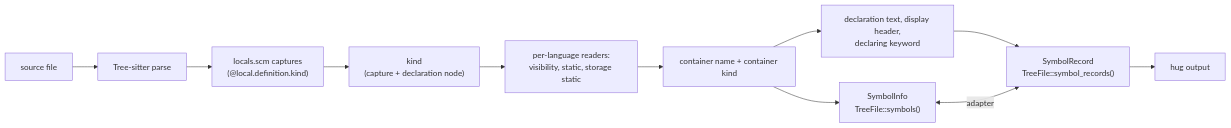
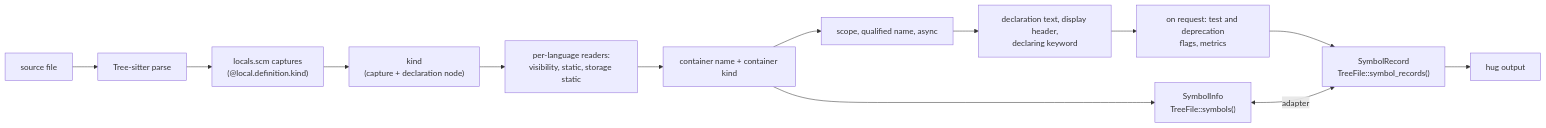
One commit to yankeeinlondon/rusty-biscuit changed the first of 3 diagrams in tree-hugger/docs/symbol-kinds-and-visibility.md. Above: the diagram before and after it, drawn with Mermaid. The commit also changed other lines of this file and 75 other files, not shown here.

````diff
--- a/tree-hugger/docs/symbol-kinds-and-visibility.md
+++ b/tree-hugger/docs/symbol-kinds-and-visibility.md
@@ -25,13 +27,15 @@
 ```mermaid
 flowchart LR
     SRC[source file] --> PARSE[Tree-sitter parse]
     PARSE --> QUERY["locals.scm captures<br/>(@local.definition.kind)"]
     QUERY --> KIND["kind<br/>(capture + declaration node)"]
     KIND --> READERS["per-language readers:<br/>visibility, static, storage static"]
     READERS --> CONT["container name + container kind"]
-    CONT --> HEADER["declaration text, display header,<br/>declaring keyword"]
+    CONT --> QUAL["scope, qualified name, async"]
+    QUAL --> HEADER["declaration text, display header,<br/>declaring keyword"]
+    HEADER --> FACTS["on request: test and deprecation<br/>flags, metrics"]
     CONT --> V1["SymbolInfo<br/>TreeFile::symbols()"]
-    HEADER --> V2["SymbolRecord<br/>TreeFile::symbol_records()"]
+    FACTS --> V2["SymbolRecord<br/>TreeFile::symbol_records()"]
     V1 <-->|adapter| V2
     V2 --> CLI["hug output"]
 ```
````
